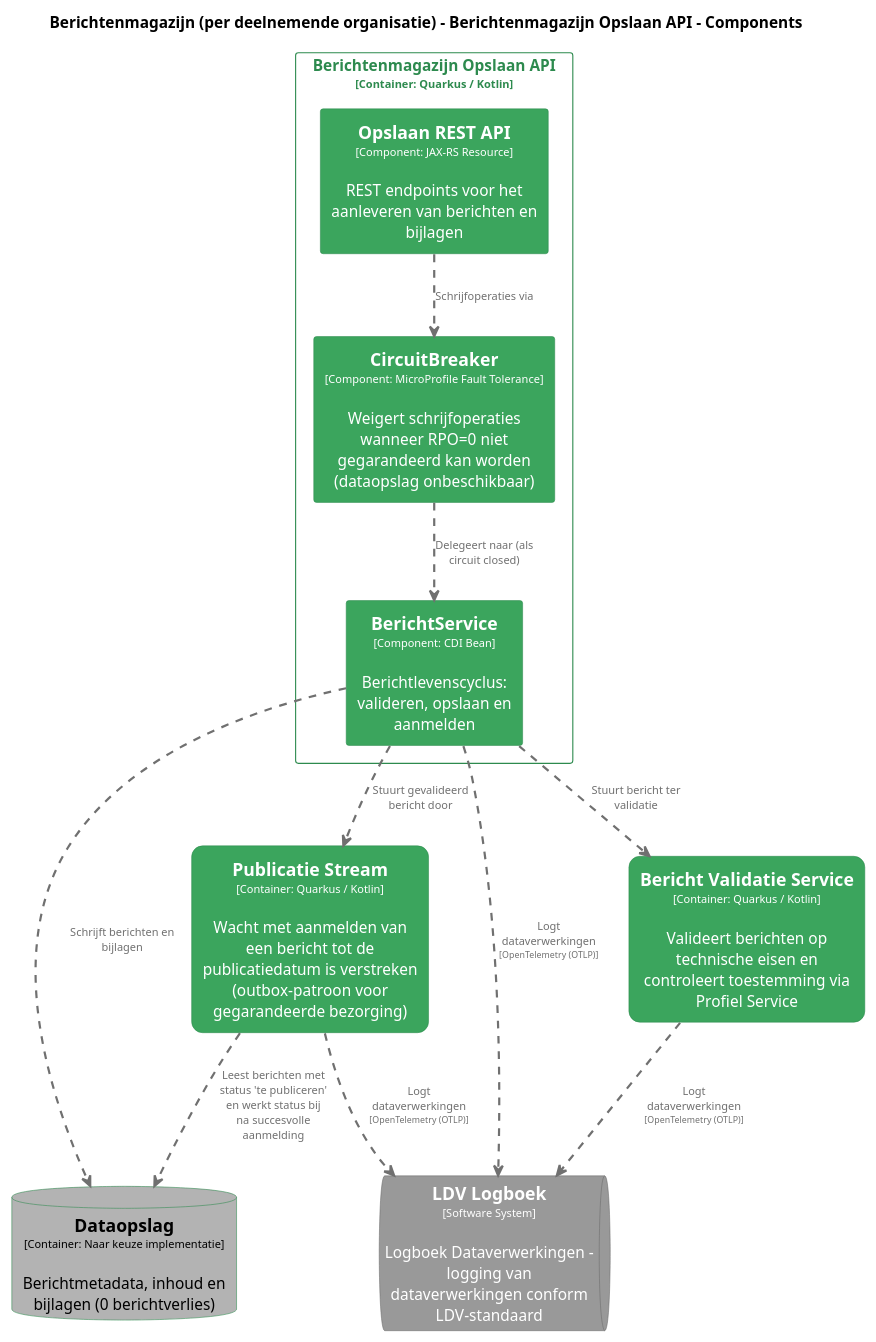
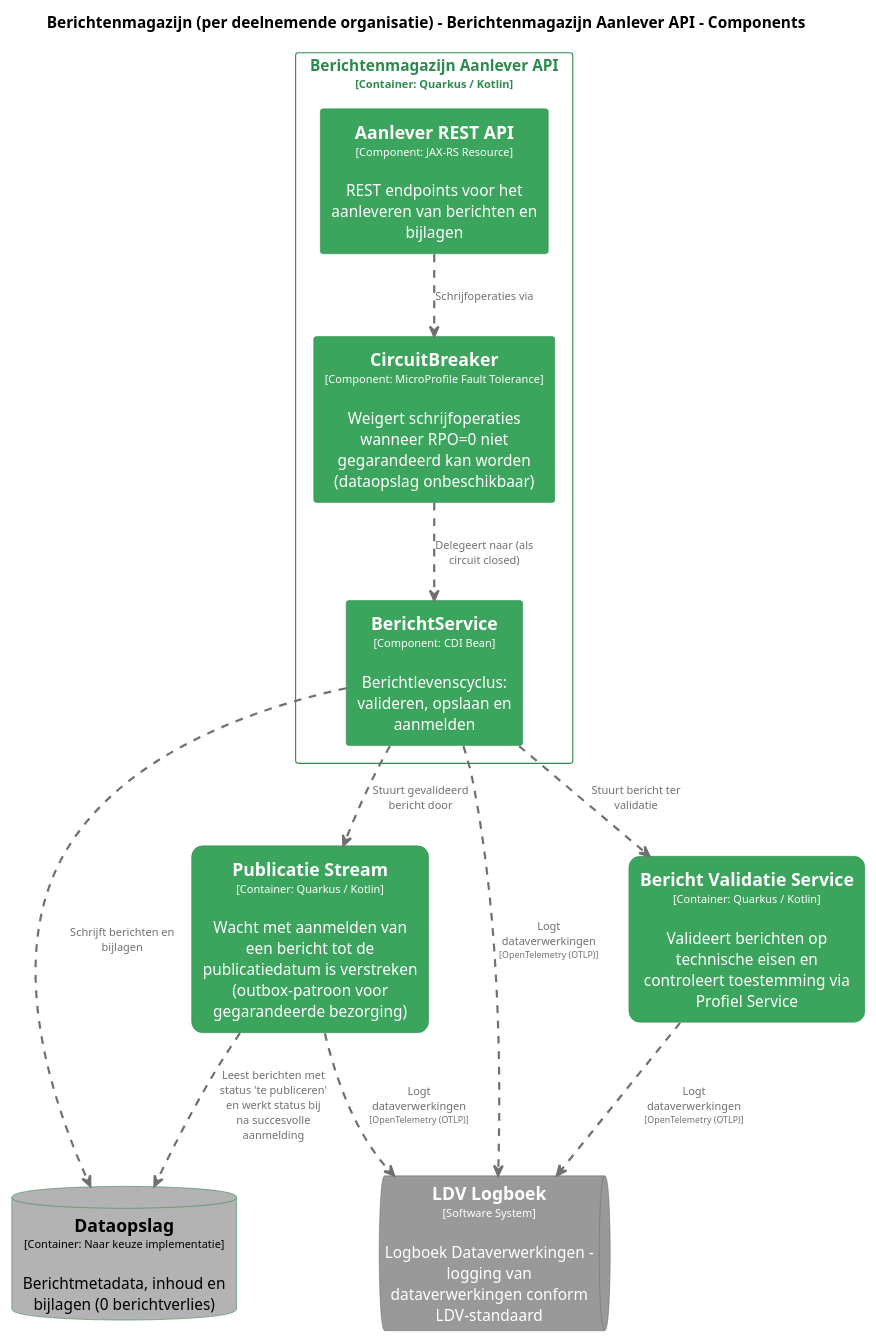
One commit to MinBZK/moza-poc-fbs-berichtenbox changed the diagram in pr-preview/pr-22/master/puml/OpslaanAPIComponenten.puml. Above: the diagram before and after it, drawn with PlantUML. The commit also changed 45 other files, not shown here.

```diff
--- a/pr-preview/pr-22/master/puml/OpslaanAPIComponenten.puml
+++ b/pr-preview/pr-22/master/puml/OpslaanAPIComponenten.puml
@@ -1,88 +1,88 @@
 @startuml
 set separator none
-title Berichtenmagazijn (per deelnemende organisatie) - Berichtenmagazijn Opslaan API - Components
+title Berichtenmagazijn (per deelnemende organisatie) - Berichtenmagazijn Aanlever API - Components
 
 top to bottom direction
 skinparam ranksep 60
 skinparam nodesep 30
 
 skinparam {
   arrowFontSize 10
   defaultTextAlignment center
   wrapWidth 200
   maxMessageSize 100
 }
 
 hide stereotype
 
+skinparam rectangle<<Berichtenmagazijnperdeelnemendeorganisatie.BerichtenmagazijnAanleverAPI.AanleverRESTAPI>> {
+  BackgroundColor #3ba55d
+  FontColor #ffffff
+  BorderColor #2d8a4e
+  shadowing false
+}
 skinparam rectangle<<Berichtenmagazijnperdeelnemendeorganisatie.BerichtValidatieService>> {
   BackgroundColor #3ba55d
   FontColor #ffffff
   BorderColor #2d8a4e
   roundCorner 20
   shadowing false
 }
-skinparam rectangle<<Berichtenmagazijnperdeelnemendeorganisatie.BerichtenmagazijnOpslaanAPI.BerichtService>> {
+skinparam rectangle<<Berichtenmagazijnperdeelnemendeorganisatie.BerichtenmagazijnAanleverAPI.BerichtService>> {
   BackgroundColor #3ba55d
   FontColor #ffffff
   BorderColor #2d8a4e
   shadowing false
 }
-skinparam rectangle<<Berichtenmagazijnperdeelnemendeorganisatie.BerichtenmagazijnOpslaanAPI.CircuitBreaker>> {
+skinparam rectangle<<Berichtenmagazijnperdeelnemendeorganisatie.BerichtenmagazijnAanleverAPI.CircuitBreaker>> {
   BackgroundColor #3ba55d
   FontColor #ffffff
   BorderColor #2d8a4e
   shadowing false
 }
 skinparam database<<Berichtenmagazijnperdeelnemendeorganisatie.Dataopslag>> {
   BackgroundColor #b3b3b3
   FontColor #000000
   BorderColor #2d8a4e
   shadowing false
 }
 skinparam queue<<LDVLogboek>> {
   BackgroundColor #999999
   FontColor #ffffff
   BorderColor #6b6b6b
   shadowing false
 }
-skinparam rectangle<<Berichtenmagazijnperdeelnemendeorganisatie.BerichtenmagazijnOpslaanAPI.OpslaanRESTAPI>> {
-  BackgroundColor #3ba55d
-  FontColor #ffffff
-  BorderColor #2d8a4e
-  shadowing false
-}
 skinparam rectangle<<Berichtenmagazijnperdeelnemendeorganisatie.PublicatieStream>> {
   BackgroundColor #3ba55d
   FontColor #ffffff
   BorderColor #2d8a4e
   roundCorner 20
   shadowing false
 }
-skinparam rectangle<<Berichtenmagazijnperdeelnemendeorganisatie.BerichtenmagazijnOpslaanAPI>> {
+skinparam rectangle<<Berichtenmagazijnperdeelnemendeorganisatie.BerichtenmagazijnAanleverAPI>> {
   BorderColor #2d8a4e
   FontColor #2d8a4e
   shadowing false
 }
 
 database "==Dataopslag\n<size:10>[Container: Naar keuze implementatie]</size>\n\nBerichtmetadata, inhoud en bijlagen (0 berichtverlies)" <<Berichtenmagazijnperdeelnemendeorganisatie.Dataopslag>> as Berichtenmagazijnperdeelnemendeorganisatie.Dataopslag
 rectangle "==Bericht Validatie Service\n<size:10>[Container: Quarkus / Kotlin]</size>\n\nValideert berichten op technische eisen en controleert toestemming via Profiel Service" <<Berichtenmagazijnperdeelnemendeorganisatie.BerichtValidatieService>> as Berichtenmagazijnperdeelnemendeorganisatie.BerichtValidatieService
 rectangle "==Publicatie Stream\n<size:10>[Container: Quarkus / Kotlin]</size>\n\nWacht met aanmelden van een bericht tot de publicatiedatum is verstreken (outbox-patroon voor gegarandeerde bezorging)" <<Berichtenmagazijnperdeelnemendeorganisatie.PublicatieStream>> as Berichtenmagazijnperdeelnemendeorganisatie.PublicatieStream
 queue "==LDV Logboek\n<size:10>[Software System]</size>\n\nLogboek Dataverwerkingen - logging van dataverwerkingen conform LDV-standaard" <<LDVLogboek>> as LDVLogboek
 
-rectangle "Berichtenmagazijn Opslaan API\n<size:10>[Container: Quarkus / Kotlin]</size>" <<Berichtenmagazijnperdeelnemendeorganisatie.BerichtenmagazijnOpslaanAPI>> {
-  rectangle "==Opslaan REST API\n<size:10>[Component: JAX-RS Resource]</size>\n\nREST endpoints voor het aanleveren van berichten en bijlagen" <<Berichtenmagazijnperdeelnemendeorganisatie.BerichtenmagazijnOpslaanAPI.OpslaanRESTAPI>> as Berichtenmagazijnperdeelnemendeorganisatie.BerichtenmagazijnOpslaanAPI.OpslaanRESTAPI
-  rectangle "==CircuitBreaker\n<size:10>[Component: MicroProfile Fault Tolerance]</size>\n\nWeigert schrijfoperaties wanneer RPO=0 niet gegarandeerd kan worden (dataopslag onbeschikbaar)" <<Berichtenmagazijnperdeelnemendeorganisatie.BerichtenmagazijnOpslaanAPI.CircuitBreaker>> as Berichtenmagazijnperdeelnemendeorganisatie.BerichtenmagazijnOpslaanAPI.CircuitBreaker
-  rectangle "==BerichtService\n<size:10>[Component: CDI Bean]</size>\n\nBerichtlevenscyclus: valideren, opslaan en aanmelden" <<Berichtenmagazijnperdeelnemendeorganisatie.BerichtenmagazijnOpslaanAPI.BerichtService>> as Berichtenmagazijnperdeelnemendeorganisatie.BerichtenmagazijnOpslaanAPI.BerichtService
+rectangle "Berichtenmagazijn Aanlever API\n<size:10>[Container: Quarkus / Kotlin]</size>" <<Berichtenmagazijnperdeelnemendeorganisatie.BerichtenmagazijnAanleverAPI>> {
+  rectangle "==Aanlever REST API\n<size:10>[Component: JAX-RS Resource]</size>\n\nREST endpoints voor het aanleveren van berichten en bijlagen" <<Berichtenmagazijnperdeelnemendeorganisatie.BerichtenmagazijnAanleverAPI.AanleverRESTAPI>> as Berichtenmagazijnperdeelnemendeorganisatie.BerichtenmagazijnAanleverAPI.AanleverRESTAPI
+  rectangle "==CircuitBreaker\n<size:10>[Component: MicroProfile Fault Tolerance]</size>\n\nWeigert schrijfoperaties wanneer RPO=0 niet gegarandeerd kan worden (dataopslag onbeschikbaar)" <<Berichtenmagazijnperdeelnemendeorganisatie.BerichtenmagazijnAanleverAPI.CircuitBreaker>> as Berichtenmagazijnperdeelnemendeorganisatie.BerichtenmagazijnAanleverAPI.CircuitBreaker
+  rectangle "==BerichtService\n<size:10>[Component: CDI Bean]</size>\n\nBerichtlevenscyclus: valideren, opslaan en aanmelden" <<Berichtenmagazijnperdeelnemendeorganisatie.BerichtenmagazijnAanleverAPI.BerichtService>> as Berichtenmagazijnperdeelnemendeorganisatie.BerichtenmagazijnAanleverAPI.BerichtService
 }
 
-Berichtenmagazijnperdeelnemendeorganisatie.BerichtenmagazijnOpslaanAPI.BerichtService .[#707070,thickness=2].> LDVLogboek : "<color:#707070>Logt dataverwerkingen\n<color:#707070><size:8>[OpenTelemetry (OTLP)]</size>"
+Berichtenmagazijnperdeelnemendeorganisatie.BerichtenmagazijnAanleverAPI.BerichtService .[#707070,thickness=2].> LDVLogboek : "<color:#707070>Logt dataverwerkingen\n<color:#707070><size:8>[OpenTelemetry (OTLP)]</size>"
 Berichtenmagazijnperdeelnemendeorganisatie.BerichtValidatieService .[#707070,thickness=2].> LDVLogboek : "<color:#707070>Logt dataverwerkingen\n<color:#707070><size:8>[OpenTelemetry (OTLP)]</size>"
 Berichtenmagazijnperdeelnemendeorganisatie.PublicatieStream .[#707070,thickness=2].> LDVLogboek : "<color:#707070>Logt dataverwerkingen\n<color:#707070><size:8>[OpenTelemetry (OTLP)]</size>"
-Berichtenmagazijnperdeelnemendeorganisatie.BerichtenmagazijnOpslaanAPI.OpslaanRESTAPI .[#707070,thickness=2].> Berichtenmagazijnperdeelnemendeorganisatie.BerichtenmagazijnOpslaanAPI.CircuitBreaker : "<color:#707070>Schrijfoperaties via"
-Berichtenmagazijnperdeelnemendeorganisatie.BerichtenmagazijnOpslaanAPI.CircuitBreaker .[#707070,thickness=2].> Berichtenmagazijnperdeelnemendeorganisatie.BerichtenmagazijnOpslaanAPI.BerichtService : "<color:#707070>Delegeert naar (als circuit closed)"
-Berichtenmagazijnperdeelnemendeorganisatie.BerichtenmagazijnOpslaanAPI.BerichtService .[#707070,thickness=2].> Berichtenmagazijnperdeelnemendeorganisatie.Dataopslag : "<color:#707070>Schrijft berichten en bijlagen"
-Berichtenmagazijnperdeelnemendeorganisatie.BerichtenmagazijnOpslaanAPI.BerichtService .[#707070,thickness=2].> Berichtenmagazijnperdeelnemendeorganisatie.BerichtValidatieService : "<color:#707070>Stuurt bericht ter validatie"
-Berichtenmagazijnperdeelnemendeorganisatie.BerichtenmagazijnOpslaanAPI.BerichtService .[#707070,thickness=2].> Berichtenmagazijnperdeelnemendeorganisatie.PublicatieStream : "<color:#707070>Stuurt gevalideerd bericht door"
+Berichtenmagazijnperdeelnemendeorganisatie.BerichtenmagazijnAanleverAPI.AanleverRESTAPI .[#707070,thickness=2].> Berichtenmagazijnperdeelnemendeorganisatie.BerichtenmagazijnAanleverAPI.CircuitBreaker : "<color:#707070>Schrijfoperaties via"
+Berichtenmagazijnperdeelnemendeorganisatie.BerichtenmagazijnAanleverAPI.CircuitBreaker .[#707070,thickness=2].> Berichtenmagazijnperdeelnemendeorganisatie.BerichtenmagazijnAanleverAPI.BerichtService : "<color:#707070>Delegeert naar (als circuit closed)"
+Berichtenmagazijnperdeelnemendeorganisatie.BerichtenmagazijnAanleverAPI.BerichtService .[#707070,thickness=2].> Berichtenmagazijnperdeelnemendeorganisatie.Dataopslag : "<color:#707070>Schrijft berichten en bijlagen"
+Berichtenmagazijnperdeelnemendeorganisatie.BerichtenmagazijnAanleverAPI.BerichtService .[#707070,thickness=2].> Berichtenmagazijnperdeelnemendeorganisatie.BerichtValidatieService : "<color:#707070>Stuurt bericht ter validatie"
+Berichtenmagazijnperdeelnemendeorganisatie.BerichtenmagazijnAanleverAPI.BerichtService .[#707070,thickness=2].> Berichtenmagazijnperdeelnemendeorganisatie.PublicatieStream : "<color:#707070>Stuurt gevalideerd bericht door"
 Berichtenmagazijnperdeelnemendeorganisatie.PublicatieStream .[#707070,thickness=2].> Berichtenmagazijnperdeelnemendeorganisatie.Dataopslag : "<color:#707070>Leest berichten met status 'te publiceren' en werkt status bij na succesvolle aanmelding"
 @enduml
```
